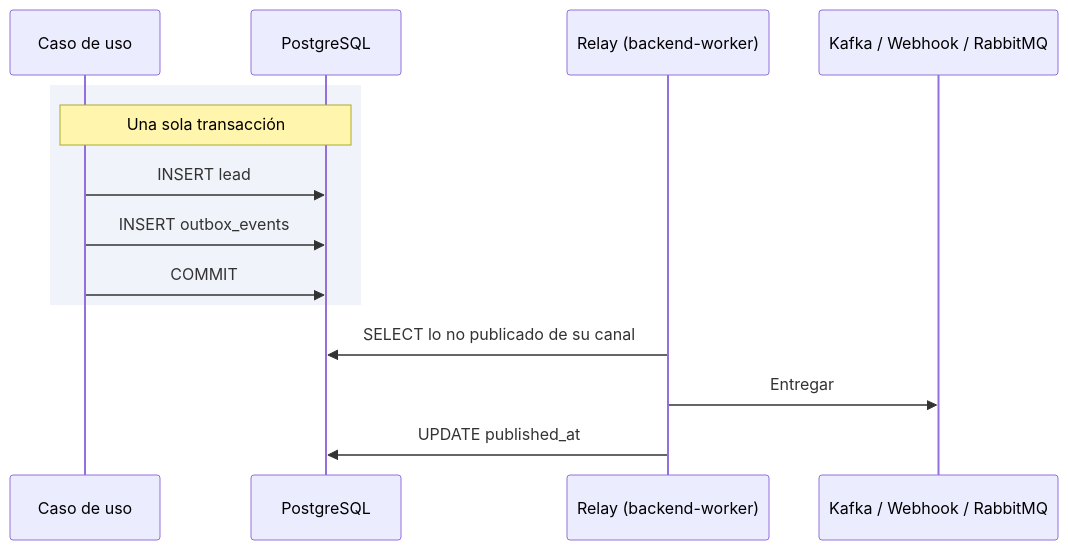
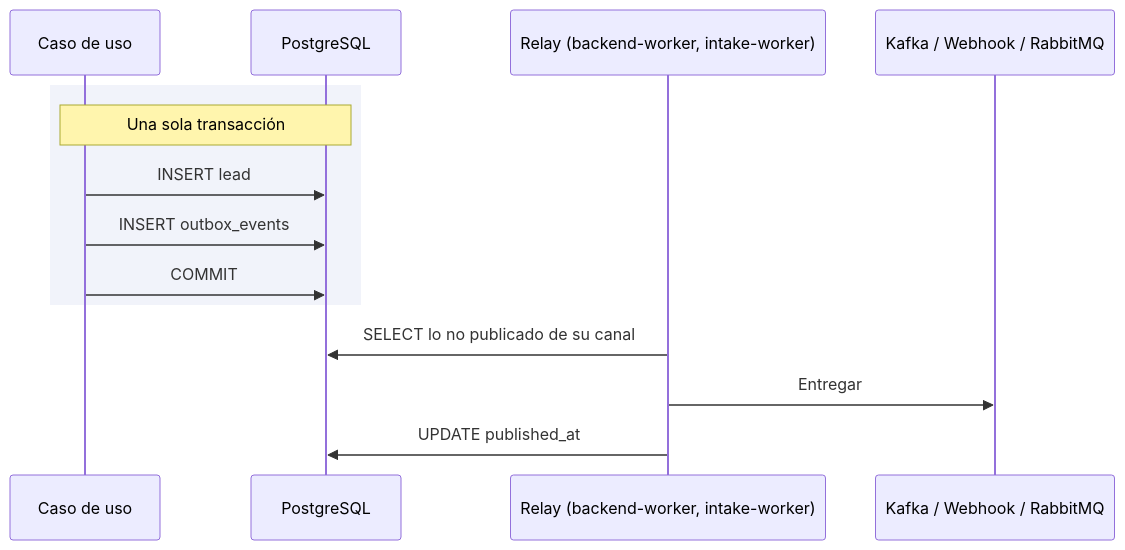
Before and after one commit to MDCIrony/leads-hexa: the second of 2 diagrams in docs/content/eventos/outbox.md, drawn with Mermaid. The commit also changed other lines of this file and 33 other files, not shown here.

````diff
--- a/docs/content/eventos/outbox.md
+++ b/docs/content/eventos/outbox.md
@@ -35,18 +35,18 @@
 ```mermaid
 sequenceDiagram
     participant UC as Caso de uso
     participant DB as PostgreSQL
-    participant R as Relay (backend-worker)
+    participant R as Relay (backend-worker, intake-worker)
     participant K as Kafka / Webhook / RabbitMQ
 
     rect rgba(63,81,181,0.07)
     note over UC,DB: Una sola transacción
     UC->>DB: INSERT lead
     UC->>DB: INSERT outbox_events
     UC->>DB: COMMIT
     end
 
     R->>DB: SELECT lo no publicado de su canal
     R->>K: Entregar
     R->>DB: UPDATE published_at
 ```
````
